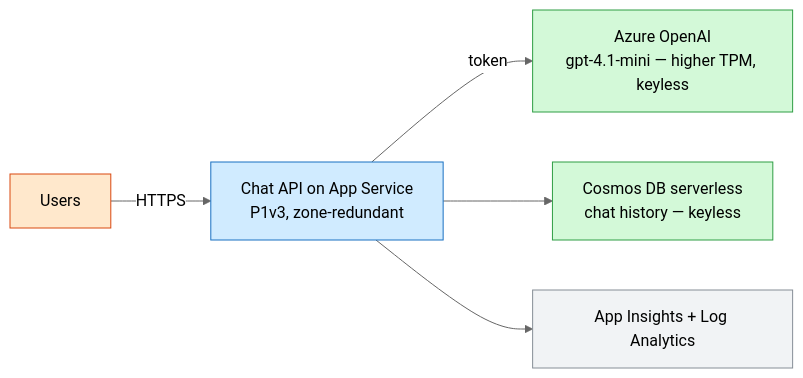
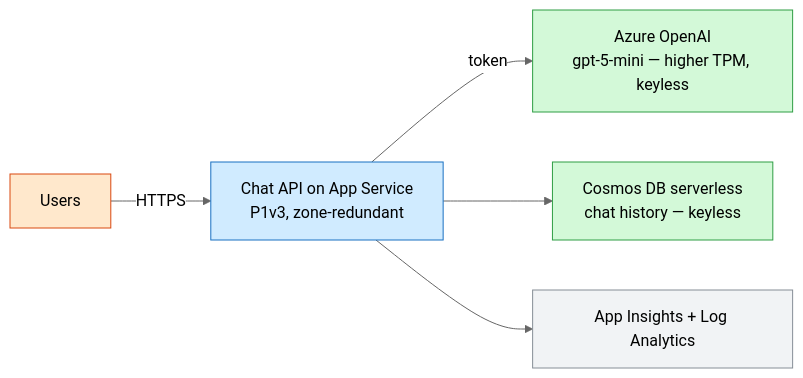
Before and after one commit to mjohnson1979/techlabs-personal: the second of 2 diagrams in catalog/ai-chat/README.md, drawn with Mermaid (neutral theme). The commit also changed other lines of this file and 13 other files, not shown here.

````diff
--- a/catalog/ai-chat/README.md
+++ b/catalog/ai-chat/README.md
@@ -105,17 +106,17 @@
 ```mermaid
 flowchart LR
   user["Users"]:::edge
   app["Chat API on App Service<br/>P1v3, zone-redundant"]:::compute
-  oai["Azure OpenAI<br/>gpt-4.1-mini — higher TPM, keyless"]:::data
+  oai["Azure OpenAI<br/>gpt-5-mini — higher TPM, keyless"]:::data
   cosmos["Cosmos DB serverless<br/>chat history — keyless"]:::data
   obs["App Insights + Log Analytics"]:::obs
   user -->|HTTPS| app
   app -->|token| oai
   app --> cosmos
   app --> obs
   classDef edge fill:#ffe8cc,stroke:#d9480f,color:#000
   classDef compute fill:#d0ebff,stroke:#1971c2,color:#000
   classDef data fill:#d3f9d8,stroke:#2f9e44,color:#000
   classDef sec fill:#f3d9fa,stroke:#9c36b5,color:#000
   classDef obs fill:#f1f3f5,stroke:#868e96,color:#000
 ```
````
